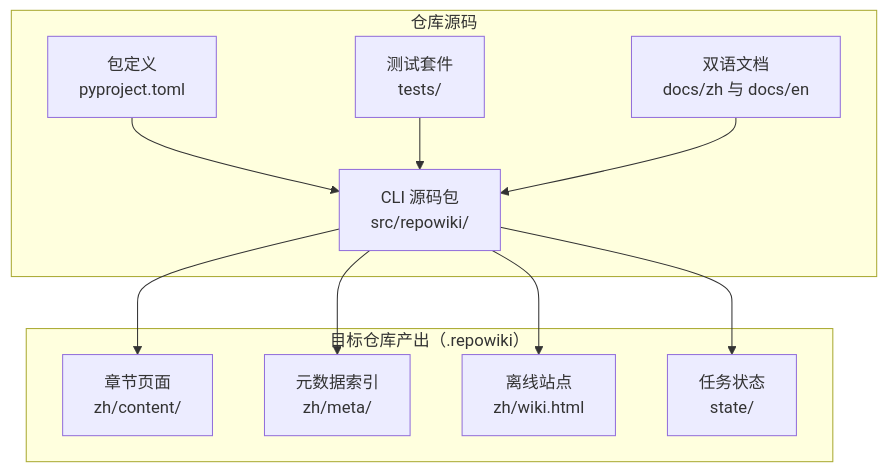
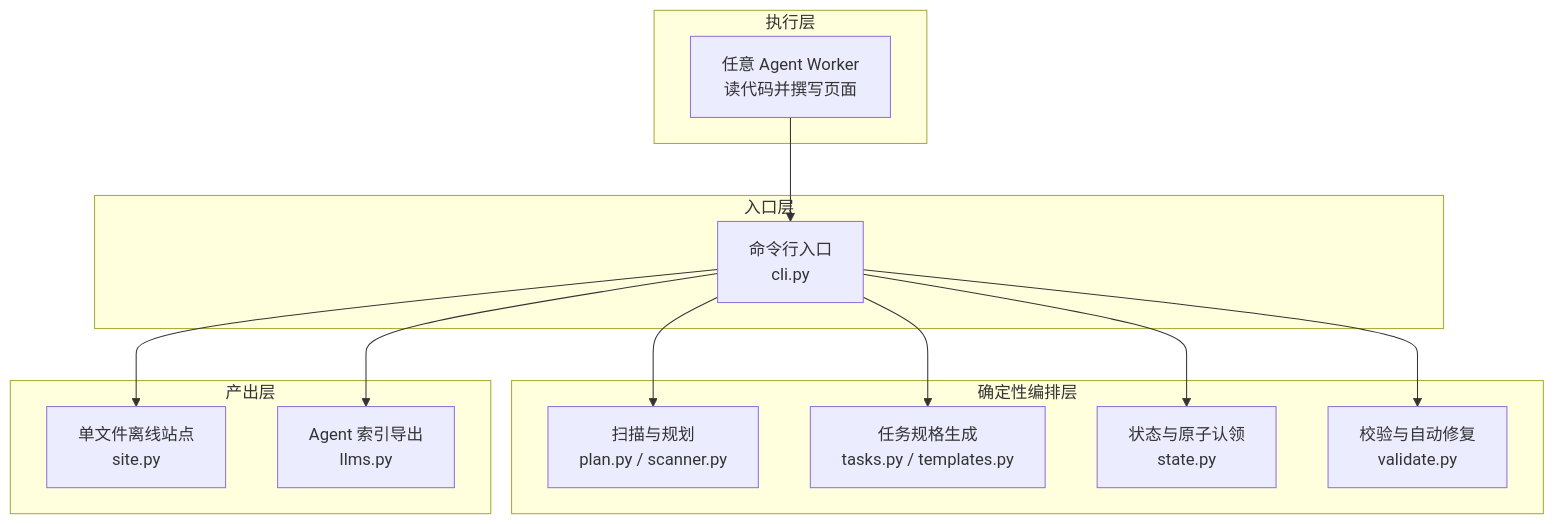
Before and after one commit to luomsis/repowiki: the first of 3 diagrams in .repowiki/zh/content/项目概述/项目概述.md, drawn with Mermaid. The commit also changed other lines of this file and 26 other files, not shown here.

````diff
--- a/.repowiki/zh/content/项目概述/项目概述.md
+++ b/.repowiki/zh/content/项目概述/项目概述.md
@@ -26,22 +48,26 @@
 ```mermaid
 graph TB
-subgraph "仓库源码"
-SRC["CLI 源码包<br/>src/repowiki/"]
-TESTS["测试套件<br/>tests/"]
-DOCS["双语文档<br/>docs/zh 与 docs/en"]
-PYPROJ["包定义<br/>pyproject.toml"]
+subgraph "入口层"
+CLI["命令行入口<br/>cli.py"]
 end
-subgraph "目标仓库产出（.repowiki）"
-CONTENT["章节页面<br/>zh/content/"]
-META["元数据索引<br/>zh/meta/"]
-SITE["离线站点<br/>zh/wiki.html"]
-STATE["任务状态<br/>state/"]
+subgraph "确定性编排层"
+PLAN["扫描与规划<br/>plan.py / scanner.py"]
+TASKS["任务规格生成<br/>tasks.py / templates.py"]
+STATE["状态与原子认领<br/>state.py"]
+CHECK["校验与自动修复<br/>validate.py"]
 end
-PYPROJ --> SRC
-TESTS --> SRC
-DOCS --> SRC
-SRC --> CONTENT
-SRC --> META
-SRC --> SITE
-SRC --> STATE
+subgraph "执行层"
+AGENT["任意 Agent Worker<br/>读代码并撰写页面"]
+end
+subgraph "产出层"
+SITE["单文件离线站点<br/>site.py"]
+LLMS["Agent 索引导出<br/>llms.py"]
+end
+CLI --> PLAN
+CLI --> TASKS
+CLI --> STATE
+CLI --> CHECK
+AGENT --> CLI
+CLI --> SITE
+CLI --> LLMS
 ```
````
